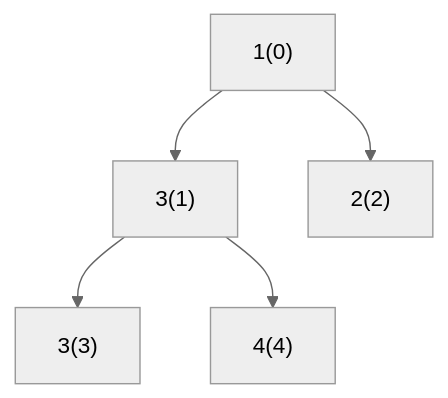
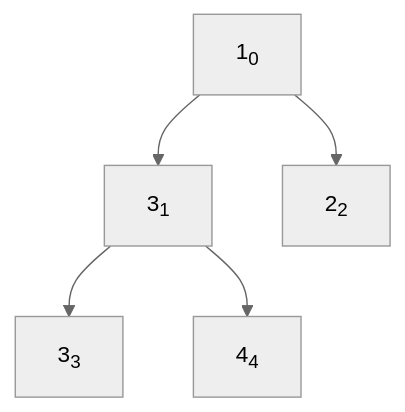
The second of 15 diagrams in _posts/2024-12-17-sort-four.md (cafewang/cafewang.github.io), drawn with Mermaid (neutral theme) before and after one commit. The commit also changed other lines of this file, not shown here.

Commit message:
fix mermaid done

````diff
--- a/_posts/2024-12-17-sort-four.md
+++ b/_posts/2024-12-17-sort-four.md
@@ -34,12 +34,12 @@
 ```mermaid
 
 graph TD 
-A["1(0)"]
-B["3(1)"]
-C["2(2)"]
-D["3(3)"]
-E["4(4)"]
+A["1<sub>0</sub>"]
+B["3<sub>1</sub>"]
+C["2<sub>2</sub>"]
+D["3<sub>3</sub>"]
+E["4<sub>4</sub>"]
 
 A --> B & C
 B --> D & E
 ```
````
